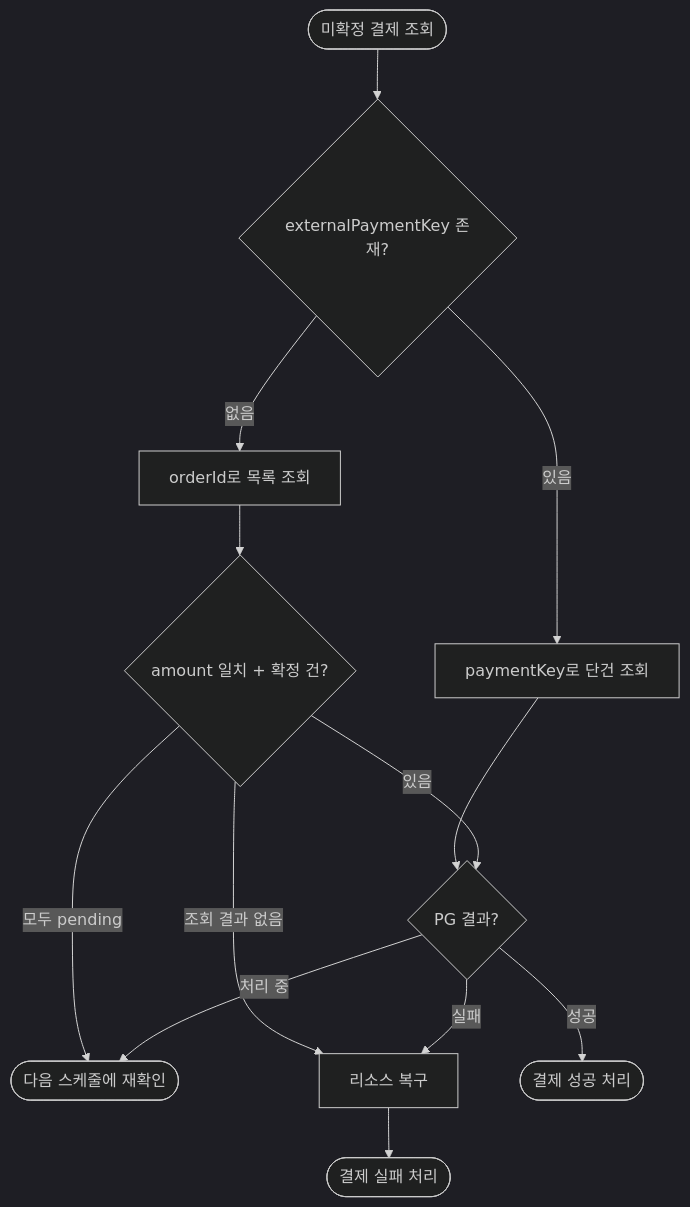
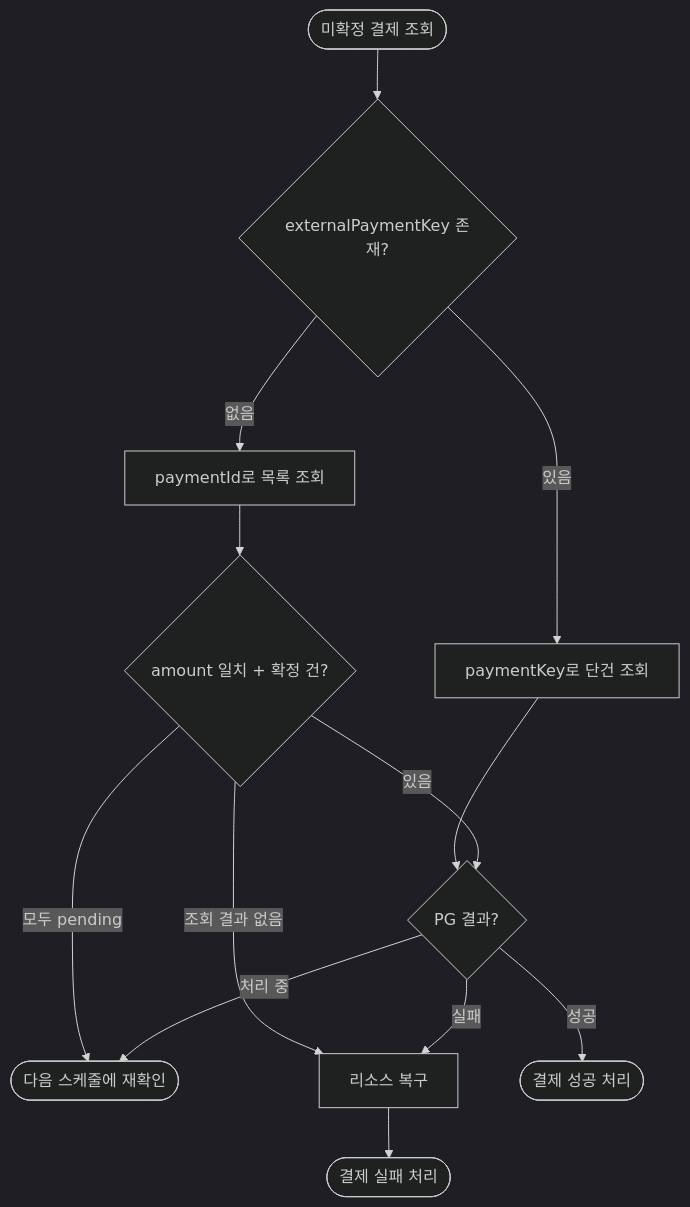
The third of 3 diagrams in docs/week6/상세_설계_문서_PG연동.md (Loopers-dev-lab/loopers-spring-kotlin-template), drawn with Mermaid (dark theme) before and after one commit. The commit also changed other lines of this file, not shown here.

````diff
--- a/docs/week6/상세_설계_문서_PG연동.md
+++ b/docs/week6/상세_설계_문서_PG연동.md
@@ -51,20 +45,15 @@
 ```mermaid
 flowchart TD
     Start([미확정 결제 조회]) --> CheckKey{externalPaymentKey 존재?}
-    
     CheckKey -->|있음| QueryByKey[paymentKey로 단건 조회]
-    CheckKey -->|없음| QueryByOrderId[orderId로 목록 조회]
-    
+    CheckKey -->|없음| QueryByPaymentId[paymentId로 목록 조회]
     QueryByKey --> CheckResult{PG 결과?}
-    
-    QueryByOrderId --> CheckList{amount 일치 + 확정 건?}
+    QueryByPaymentId --> CheckList{amount 일치 + 확정 건?}
     CheckList -->|있음| CheckResult
     CheckList -->|모두 pending| End1([다음 스케줄에 재확인])
     CheckList -->|조회 결과 없음| Rollback
-    
     CheckResult -->|성공| End2([결제 성공 처리])
     CheckResult -->|실패| Rollback[리소스 복구]
     CheckResult -->|처리 중| End1
-    
     Rollback --> End3([결제 실패 처리])
 ```
````
